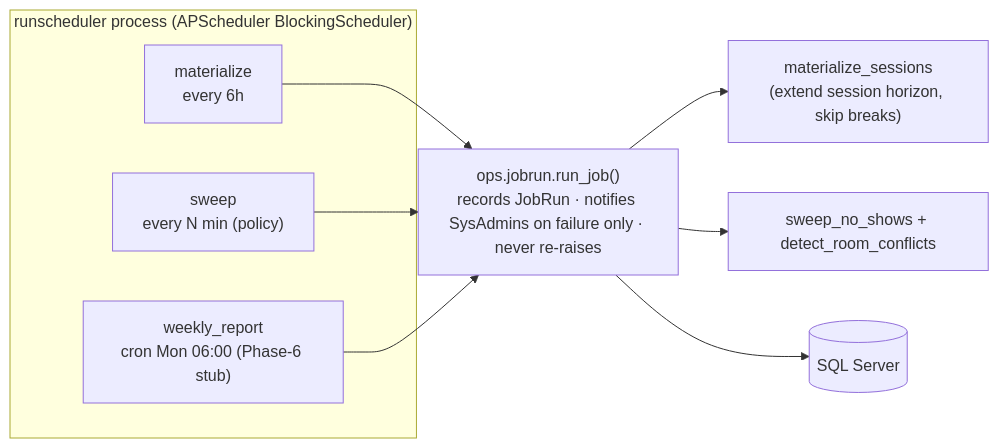
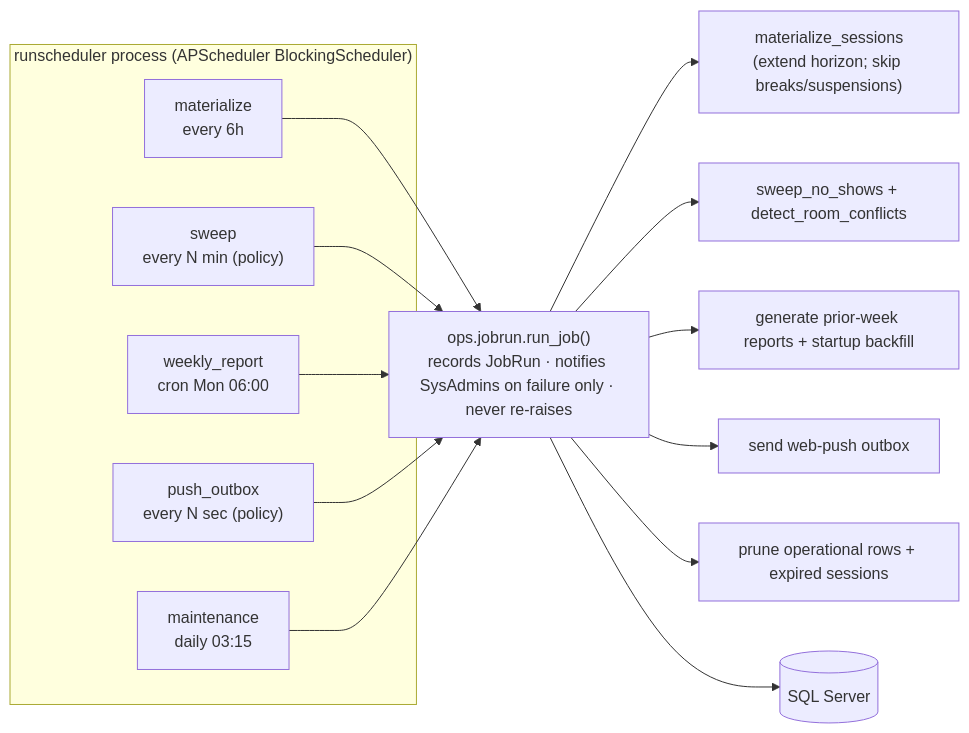
Before and after one commit to Shion-main/fluxtrack-main: the sixth of 7 diagrams in docs/ARCHITECTURE.md, drawn with Mermaid. The commit also changed other lines of this file and 14 other files, not shown here.

````diff
--- a/docs/ARCHITECTURE.md
+++ b/docs/ARCHITECTURE.md
@@ -278,15 +280,22 @@
 ```mermaid
 flowchart LR
     subgraph Proc["runscheduler process (APScheduler BlockingScheduler)"]
         J1["materialize<br/>every 6h"]
         J2["sweep<br/>every N min (policy)"]
-        J3["weekly_report<br/>cron Mon 06:00 (Phase-6 stub)"]
+        J3["weekly_report<br/>cron Mon 06:00"]
+        J4["push_outbox<br/>every N sec (policy)"]
+        J5["maintenance<br/>daily 03:15"]
     end
     Wrap["ops.jobrun.run_job()<br/>records JobRun · notifies SysAdmins on failure only · never re-raises"]
     J1 --> Wrap
     J2 --> Wrap
     J3 --> Wrap
-    Wrap --> M1["materialize_sessions<br/>(extend session horizon, skip breaks)"]
+    J4 --> Wrap
+    J5 --> Wrap
+    Wrap --> M1["materialize_sessions<br/>(extend horizon; skip breaks/suspensions)"]
     Wrap --> M2["sweep_no_shows + detect_room_conflicts"]
+    Wrap --> M3["generate prior-week reports + startup backfill"]
+    Wrap --> M4["send web-push outbox"]
+    Wrap --> M5["prune operational rows + expired sessions"]
     Wrap --> DB[("SQL Server")]
 ```
````
